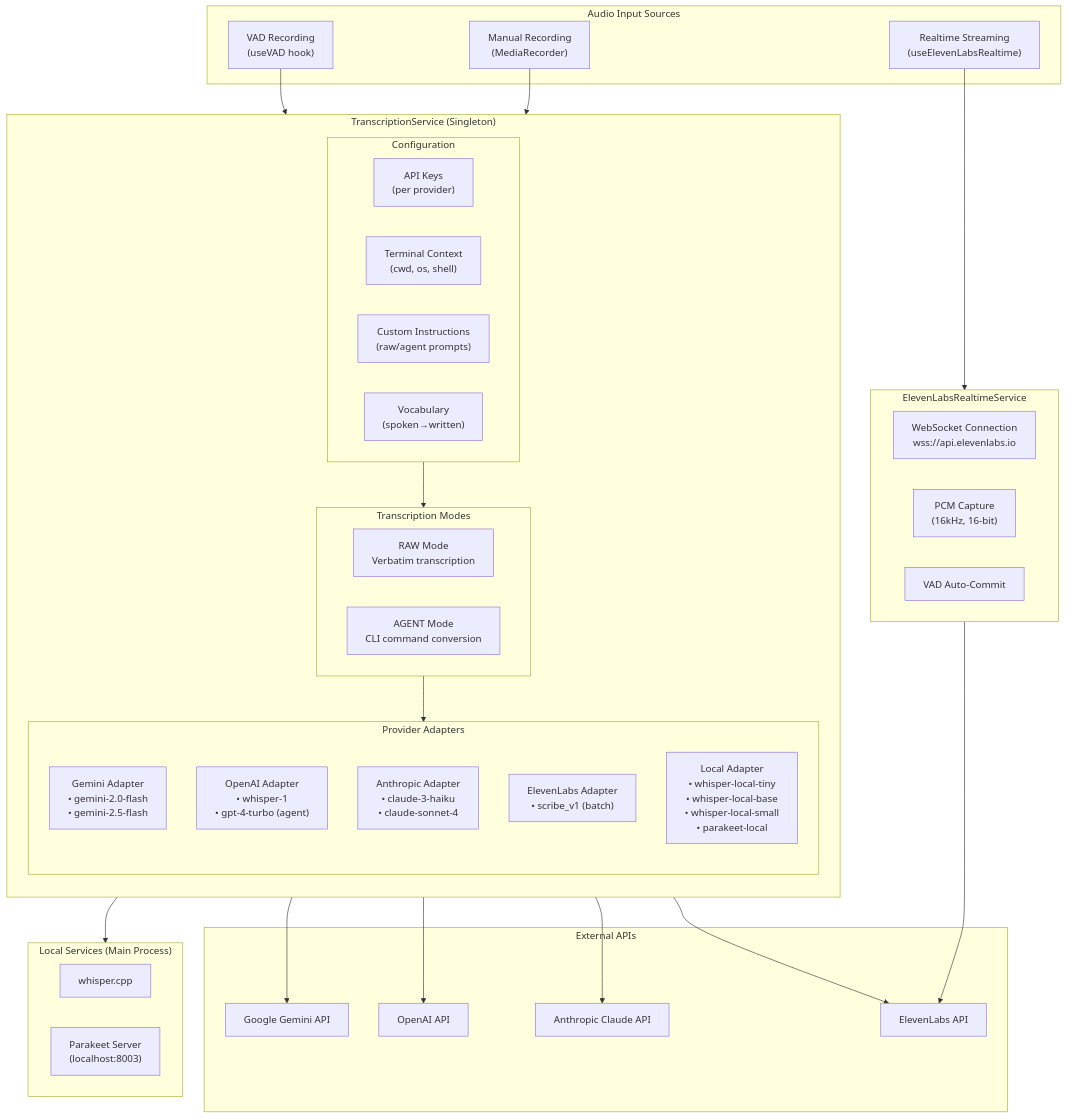
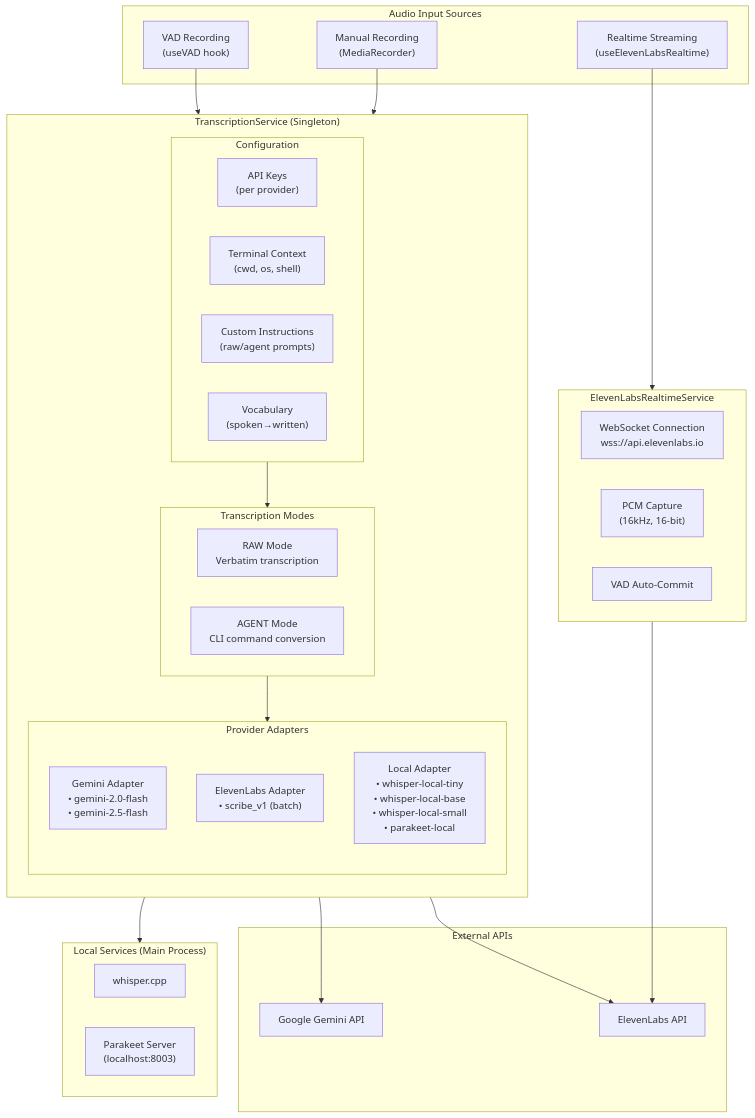
Before and after one commit to jamditis/audiobash: the fifth of 7 diagrams in docs/ARCHITECTURE.md, drawn with Mermaid. The commit also changed other lines of this file and 6 other files, not shown here.

First line of the commit message:
docs: remove OpenAI and Claude/Anthropic provider references

````diff
--- a/docs/ARCHITECTURE.md
+++ b/docs/ARCHITECTURE.md
@@ -551,67 +533,61 @@
 ```mermaid
 flowchart TB
     subgraph Input["Audio Input Sources"]
         Manual["Manual Recording<br/>(MediaRecorder)"]
         VAD["VAD Recording<br/>(useVAD hook)"]
         Realtime["Realtime Streaming<br/>(useElevenLabsRealtime)"]
     end
 
     subgraph TranscriptionService["TranscriptionService (Singleton)"]
         direction TB
 
         subgraph Config["Configuration"]
             APIKeys["API Keys<br/>(per provider)"]
             TermContext["Terminal Context<br/>(cwd, os, shell)"]
             CustomInstr["Custom Instructions<br/>(raw/agent prompts)"]
             Vocabulary["Vocabulary<br/>(spoken→written)"]
         end
 
         subgraph Modes["Transcription Modes"]
             RawMode["RAW Mode<br/>Verbatim transcription"]
             AgentMode["AGENT Mode<br/>CLI command conversion"]
         end
 
         subgraph Providers["Provider Adapters"]
             direction TB
 
             GeminiAdapter["Gemini Adapter<br/>• gemini-2.0-flash<br/>• gemini-2.5-flash"]
-            OpenAIAdapter["OpenAI Adapter<br/>• whisper-1<br/>• gpt-4-turbo (agent)"]
-            AnthropicAdapter["Anthropic Adapter<br/>• claude-3-haiku<br/>• claude-sonnet-4"]
             ElevenLabsAdapter["ElevenLabs Adapter<br/>• scribe_v1 (batch)"]
             LocalAdapter["Local Adapter<br/>• whisper-local-tiny<br/>• whisper-local-base<br/>• whisper-local-small<br/>• parakeet-local"]
         end
     end
 
     subgraph ElevenLabsRealtime["ElevenLabsRealtimeService"]
         WSConnect["WebSocket Connection<br/>wss://api.elevenlabs.io"]
         PCMCapture["PCM Capture<br/>(16kHz, 16-bit)"]
         VADCommit["VAD Auto-Commit"]
     end
 
     subgraph ExternalAPIs["External APIs"]
         GeminiAPI["Google Gemini API"]
-        OpenAIAPI["OpenAI API"]
-        AnthropicAPI["Anthropic Claude API"]
         ElevenLabsAPI["ElevenLabs API"]
     end
 
     subgraph LocalServices["Local Services (Main Process)"]
         WhisperCPP["whisper.cpp"]
         Parakeet["Parakeet Server<br/>(localhost:8003)"]
     end
 
     Manual --> TranscriptionService
     VAD --> TranscriptionService
     Realtime --> ElevenLabsRealtime
 
     Config --> Modes
     Modes --> Providers
 
     GeminiAdapter --> GeminiAPI
-    OpenAIAdapter --> OpenAIAPI
-    AnthropicAdapter --> AnthropicAPI
     ElevenLabsAdapter --> ElevenLabsAPI
     LocalAdapter --> LocalServices
 
     ElevenLabsRealtime --> ElevenLabsAPI
 ```
````
